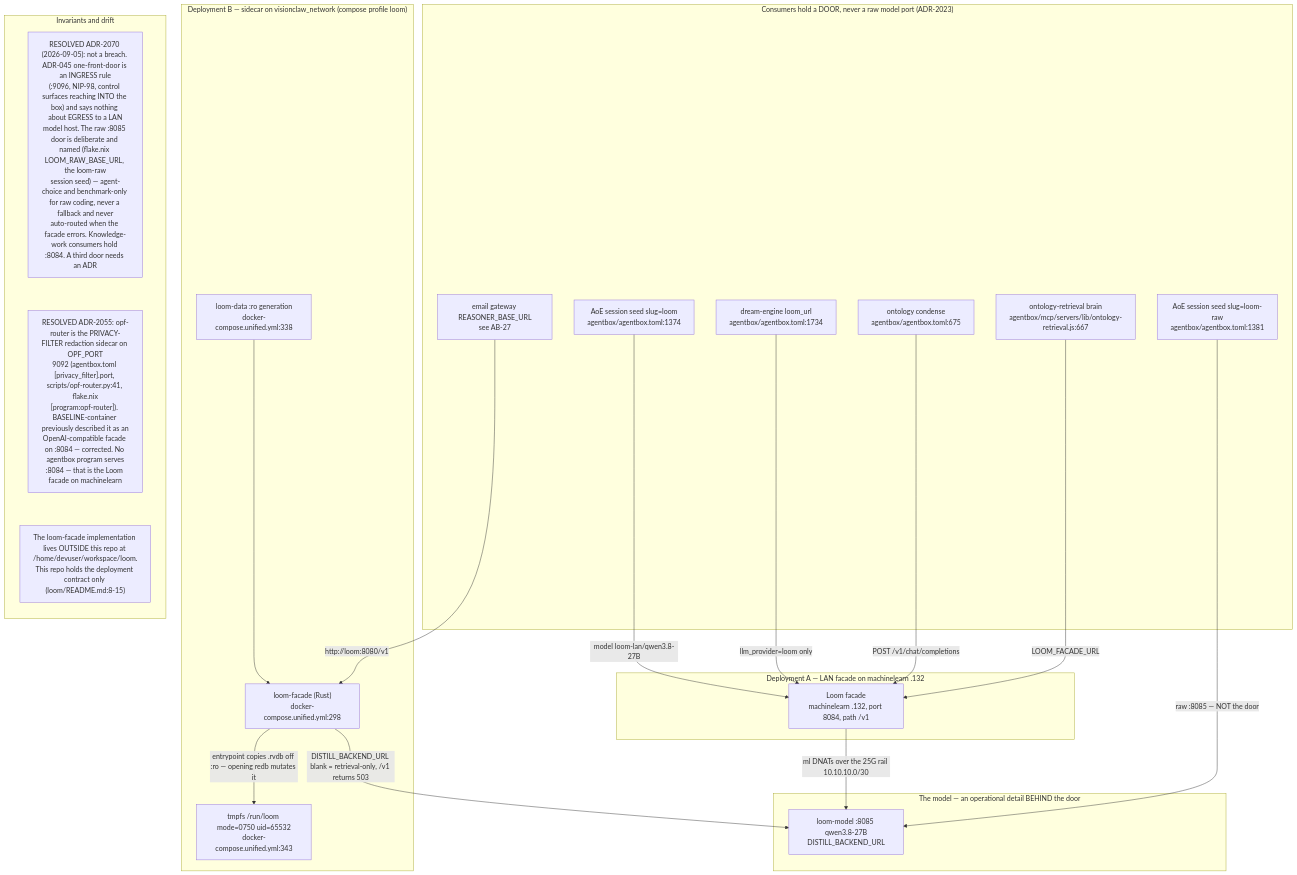
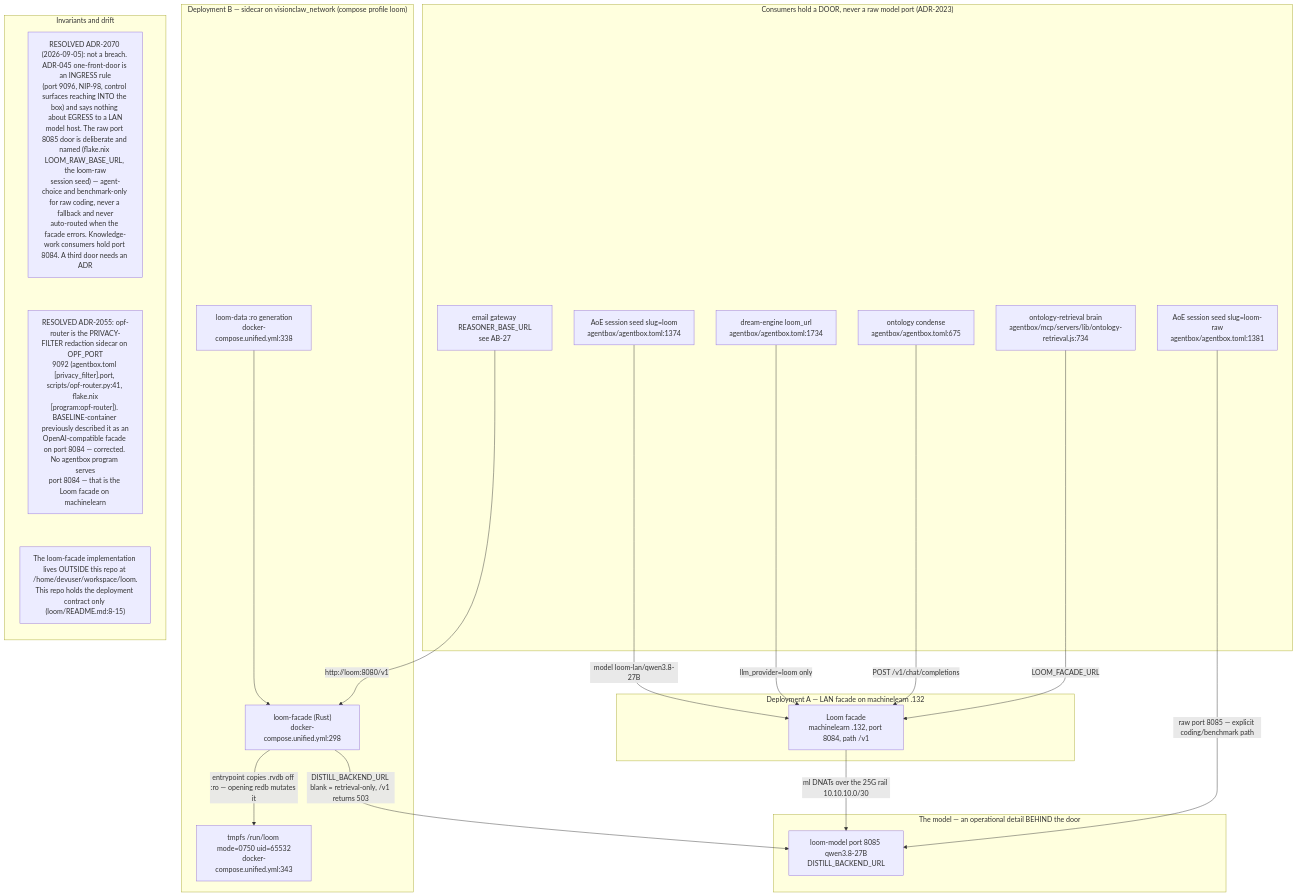
The first of 9 diagrams in docs/diagrams/agentbox/24-loom-facade.md (DreamLab-AI/VisionFlow), drawn with Mermaid before and after one commit. The commit also changed other lines of this file and 7 other files, not shown here.

Commit message:
docs(diagrams): bind closeout security and retrieval flows to source

````diff
--- a/docs/diagrams/agentbox/24-loom-facade.md
+++ b/docs/diagrams/agentbox/24-loom-facade.md
@@ -22,39 +22,39 @@
 ```mermaid
 flowchart TB
     subgraph consumers["Consumers hold a DOOR, never a raw model port (ADR-2023)"]
-        RET["ontology-retrieval brain<br/>agentbox/mcp/servers/lib/ontology-retrieval.js:667"]
+        RET["ontology-retrieval brain<br/>agentbox/mcp/servers/lib/ontology-retrieval.js:734"]
         COND["ontology condense<br/>agentbox/agentbox.toml:675"]
         DREAM["dream-engine loom_url<br/>agentbox/agentbox.toml:1734"]
         SEED["AoE session seed slug=loom<br/>agentbox/agentbox.toml:1374"]
         SEEDRAW["AoE session seed slug=loom-raw<br/>agentbox/agentbox.toml:1381"]
         EMAIL["email gateway REASONER_BASE_URL<br/>see AB-27"]
     end
     subgraph depA["Deployment A — LAN facade on machinelearn .132"]
         F84["Loom facade<br/>machinelearn .132, port 8084, path /v1"]
     end
     subgraph depB["Deployment B — sidecar on visionclaw_network (compose profile loom)"]
         SIDE["loom-facade (Rust)<br/>docker-compose.unified.yml:298"]
         TMPFS["tmpfs /run/loom mode=0750 uid=65532<br/>docker-compose.unified.yml:343"]
         DATA["loom-data :ro generation<br/>docker-compose.unified.yml:338"]
     end
     subgraph model["The model — an operational detail BEHIND the door"]
-        M85["loom-model :8085 qwen3.8-27B<br/>DISTILL_BACKEND_URL"]
+        M85["loom-model port 8085 qwen3.8-27B<br/>DISTILL_BACKEND_URL"]
     end
     RET -->|"LOOM_FACADE_URL"| F84
     COND -->|"POST /v1/chat/completions"| F84
     DREAM -->|"llm_provider=loom only"| F84
     SEED -->|"model loom-lan/qwen3.8-27B"| F84
-    SEEDRAW -->|"raw :8085 — NOT the door"| M85
+    SEEDRAW -->|"raw port 8085 — explicit coding/benchmark path"| M85
     EMAIL -->|"http://loom:8080/v1"| SIDE
     F84 -->|"ml DNATs over the 25G rail 10.10.10.0/30"| M85
     SIDE -->|"DISTILL_BACKEND_URL blank = retrieval-only, /v1 returns 503"| M85
     DATA --> SIDE
     SIDE -->|"entrypoint copies .rvdb off :ro — opening redb mutates it"| TMPFS
     subgraph notes["Invariants and drift"]
         direction TB
-        N1["RESOLVED ADR-2070 #40;2026-09-05#41;: not a breach. ADR-045 one-front-door is an INGRESS rule<br/>#40;:9096, NIP-98, control surfaces reaching INTO the box#41; and says nothing about EGRESS to a LAN<br/>model host. The raw :8085 door is deliberate and named #40;flake.nix LOOM_RAW_BASE_URL, the loom-raw<br/>session seed#41; — agent-choice and benchmark-only for raw coding, never a fallback and never<br/>auto-routed when the facade errors. Knowledge-work consumers hold :8084. A third door needs an ADR"]
-        N2["RESOLVED ADR-2055: opf-router is the PRIVACY-FILTER redaction sidecar on OPF_PORT<br/>9092 (agentbox.toml [privacy_filter].port, scripts/opf-router.py:41, flake.nix<br/>[program:opf-router]). BASELINE-container previously described it as an<br/>OpenAI-compatible facade on :8084 — corrected. No agentbox program serves<br/>:8084 — that is the Loom facade on machinelearn"]
+        N1["RESOLVED ADR-2070 #40;2026-09-05#41;: not a breach. ADR-045 one-front-door is an INGRESS rule<br/>#40;port 9096, NIP-98, control surfaces reaching INTO the box#41; and says nothing about EGRESS to a LAN<br/>model host. The raw port 8085 door is deliberate and named #40;flake.nix LOOM_RAW_BASE_URL, the loom-raw<br/>session seed#41; — agent-choice and benchmark-only for raw coding, never a fallback and never<br/>auto-routed when the facade errors. Knowledge-work consumers hold port 8084. A third door needs an ADR"]
+        N2["RESOLVED ADR-2055: opf-router is the PRIVACY-FILTER redaction sidecar on OPF_PORT<br/>9092 (agentbox.toml [privacy_filter].port, scripts/opf-router.py:41, flake.nix<br/>[program:opf-router]). BASELINE-container previously described it as an<br/>OpenAI-compatible facade on port 8084 — corrected. No agentbox program serves<br/>port 8084 — that is the Loom facade on machinelearn"]
         N3["The loom-facade implementation lives OUTSIDE this repo at /home/devuser/workspace/loom.<br/>This repo holds the deployment contract only (loom/README.md:8-15)"]
         N1 ~~~ N2 ~~~ N3
     end
 ```
````
